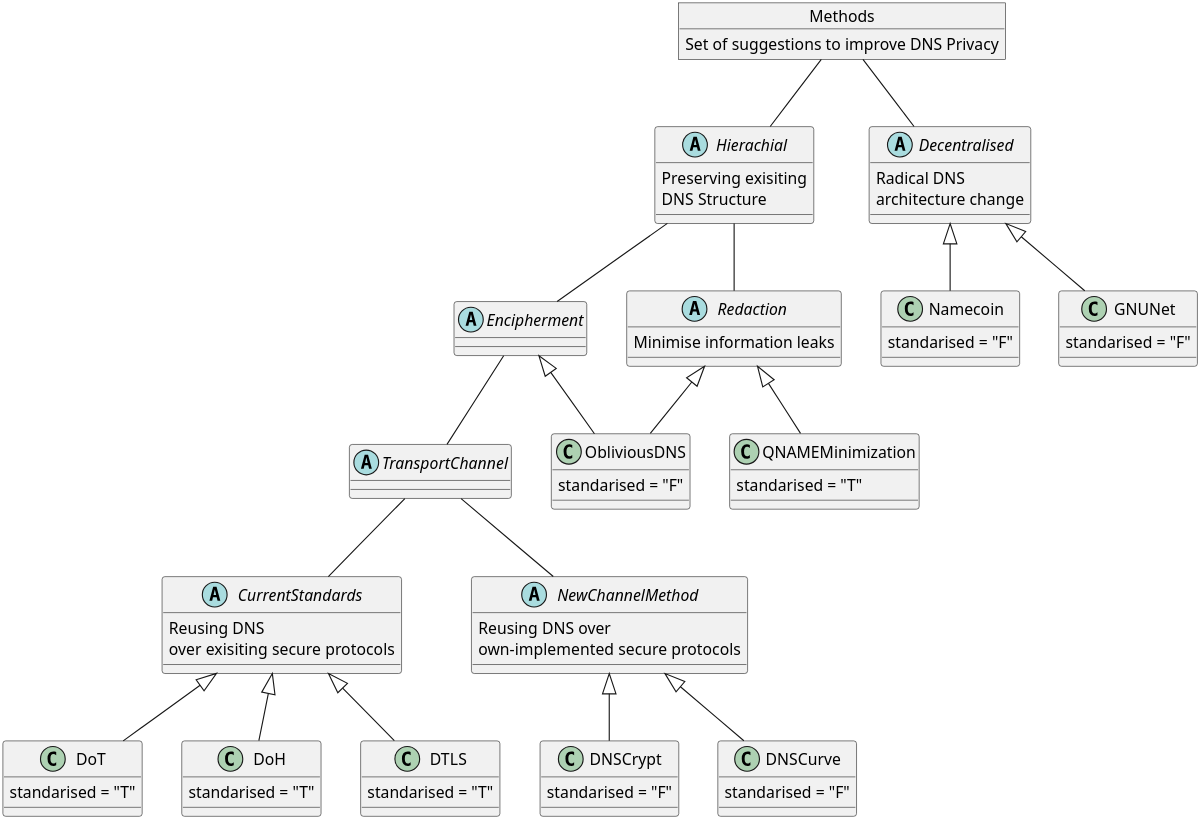
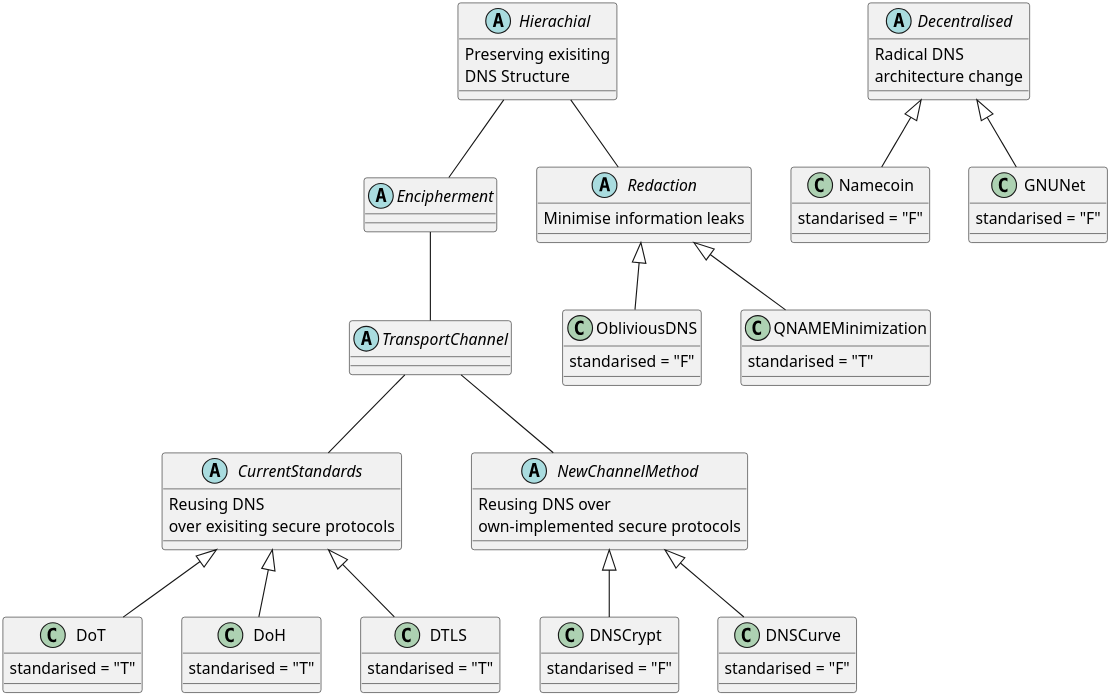
The diagram in MainReport/img/dnsprivacy-classification.plantuml (songhokun/2DV50E-2019VT), drawn with PlantUML before and after one commit.

Commit message:
Modified the DNS Privacy classification figure to enhance readability

```diff
--- a/MainReport/img/dnsprivacy-classification.plantuml
+++ b/MainReport/img/dnsprivacy-classification.plantuml
@@ -1,79 +1,73 @@
 @startuml
 skinparam dpi 400
-object Methods {
-Set of suggestions to improve DNS Privacy
-}
 
 abstract Hierachial {
     Preserving exisiting\nDNS Structure 
 }
 abstract Decentralised {
     Radical DNS\narchitecture change
 }
 abstract Encipherment {
 
 }
 abstract Redaction {
     Minimise information leaks
 }
 abstract TransportChannel {
 
 }
 abstract CurrentStandards {
     Reusing DNS\nover exisiting secure protocols
 }
 abstract NewChannelMethod {
     Reusing DNS over\nown-implemented secure protocols
 }
 class DoT {
     standarised = "T"
 }
 class DoH {
     standarised = "T"
 }
 class Namecoin {
     standarised = "F"
 }
 class GNUNet {
     standarised = "F"
 }
 class ObliviousDNS{
     standarised = "F"
 }
 class QNAMEMinimization{
     standarised = "T"
 }
 class DTLS{
     standarised = "T"
 }
 class DNSCrypt{
     standarised = "F"
 }
 class DNSCurve{
     standarised = "F"
 }
 
-Methods -- Hierachial
-Methods -- Decentralised
 Hierachial -- Encipherment
 Hierachial -- Redaction
 
 Encipherment -- TransportChannel
 TransportChannel -- CurrentStandards
 TransportChannel -- NewChannelMethod
 
 CurrentStandards <|-- DoT
 CurrentStandards <|-- DoH
 CurrentStandards <|-- DTLS
 
-Encipherment <|-- ObliviousDNS
 Redaction <|-- ObliviousDNS
 Redaction <|-- QNAMEMinimization
 
 NewChannelMethod <|-- DNSCrypt
 NewChannelMethod <|-- DNSCurve
 
 Decentralised <|-- Namecoin
 Decentralised <|-- GNUNet
 
 @enduml
```
